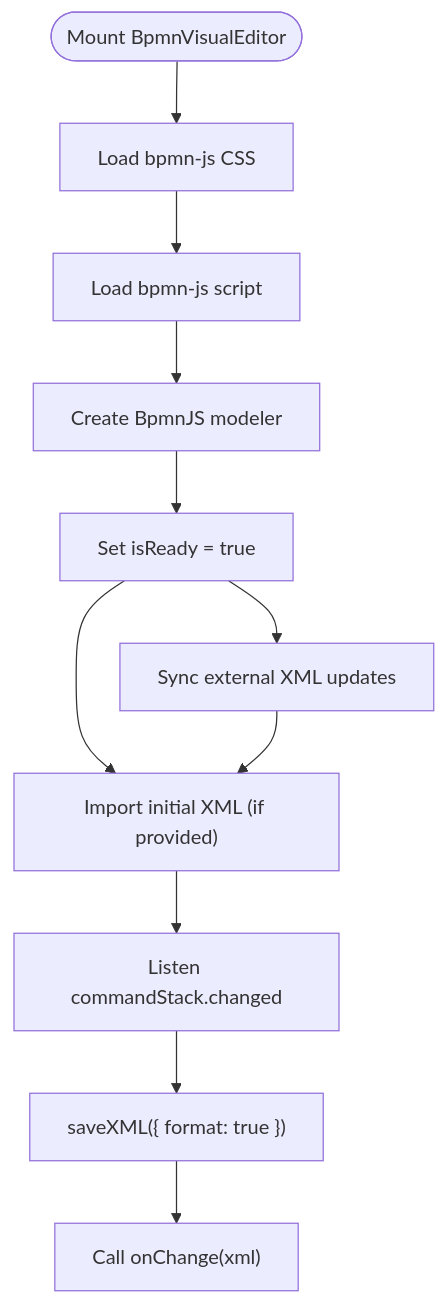
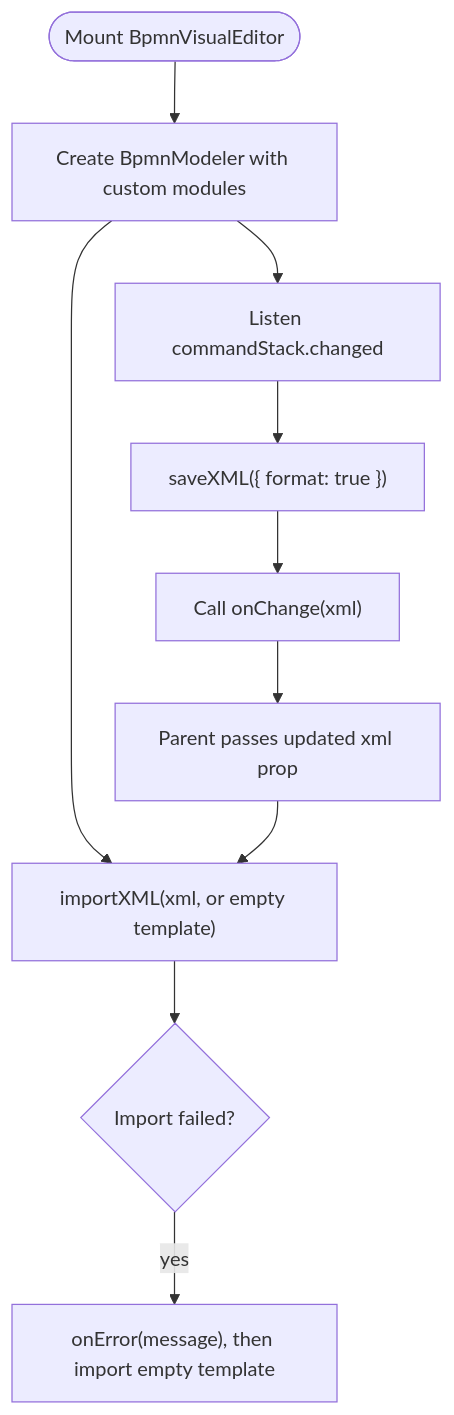
The third of 6 diagrams in .qoder/repowiki/en/content/Diagram Types and Formats/BPMN (Business Process Model and Notation).md (ongchonghian/universal-diagram-editor), drawn with Mermaid before and after one commit. The commit also changed other lines of this file and 31 other files, not shown here.

````diff
--- a/.qoder/repowiki/en/content/Diagram Types and Formats/BPMN (Business Process Model and Notation).md
+++ b/.qoder/repowiki/en/content/Diagram Types and Formats/BPMN (Business Process Model and Notation).md
@@ -130,13 +130,12 @@
 ```mermaid
 flowchart TD
-Start(["Mount BpmnVisualEditor"]) --> LoadCSS["Load bpmn-js CSS"]
-LoadCSS --> LoadScript["Load bpmn-js script"]
-LoadScript --> CreateModeler["Create BpmnJS modeler"]
-CreateModeler --> Ready["Set isReady = true"]
-Ready --> ImportXML["Import initial XML (if provided)"]
-ImportXML --> ListenChanges["Listen commandStack.changed"]
+Start(["Mount BpmnVisualEditor"]) --> CreateModeler["Create BpmnModeler with custom modules"]
+CreateModeler --> ListenChanges["Listen commandStack.changed"]
+CreateModeler --> ImportXML["importXML(xml, or empty template)"]
 ListenChanges --> ExportXML["saveXML({ format: true })"]
 ExportXML --> Propagate["Call onChange(xml)"]
-Ready --> SyncExternal["Sync external XML updates"]
+Propagate --> SyncExternal["Parent passes updated xml prop"]
 SyncExternal --> ImportXML
+ImportXML --> Failed{"Import failed?"}
+Failed --> |yes| Fallback["onError(message), then import empty template"]
 ```
````
